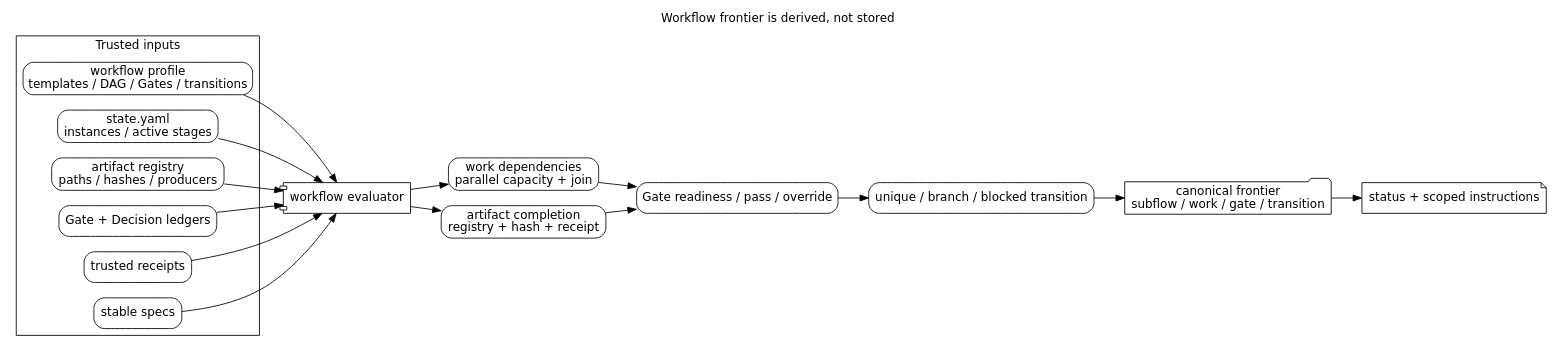
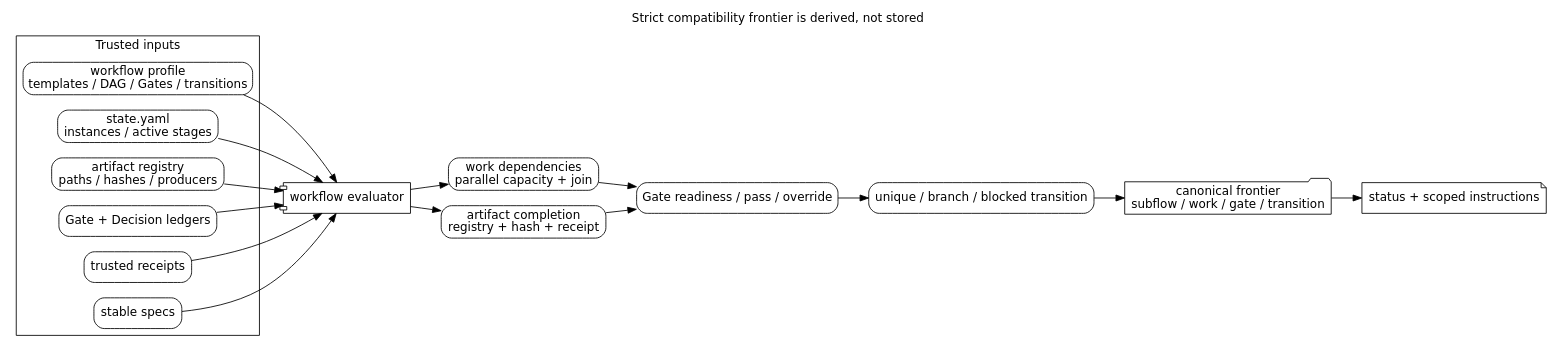
The diagram in docs/researchspec_arsu_runtime/diagrams/src/frontier-evaluation.dot (leike0813/ResearchSpec), drawn with Graphviz before and after one commit. The commit also changed 114 other files, not shown here.

```diff
--- a/docs/researchspec_arsu_runtime/diagrams/src/frontier-evaluation.dot
+++ b/docs/researchspec_arsu_runtime/diagrams/src/frontier-evaluation.dot
@@ -1,37 +1,37 @@
 digraph frontier_evaluation {
-  graph [label="Workflow frontier is derived, not stored", labelloc=t, rankdir=LR, fontname="DejaVu Sans"];
+  graph [label="Strict compatibility frontier is derived, not stored", labelloc=t, rankdir=LR, fontname="DejaVu Sans"];
   node [shape=box, style="rounded", fontname="DejaVu Sans"];
   edge [fontname="DejaVu Sans"];
 
   subgraph cluster_inputs {
     label="Trusted inputs";
     profile [label="workflow profile\ntemplates / DAG / Gates / transitions"];
     state [label="state.yaml\ninstances / active stages"];
     registry [label="artifact registry\npaths / hashes / producers"];
     ledgers [label="Gate + Decision ledgers"];
     receipts [label="trusted receipts"];
     contracts [label="stable specs"];
   }
 
   evaluator [shape=component, label="workflow evaluator"];
   dependencies [label="work dependencies\nparallel capacity + join"];
   completion [label="artifact completion\nregistry + hash + receipt"];
   gates [label="Gate readiness / pass / override"];
   transitions [label="unique / branch / blocked transition"];
   frontier [shape=folder, label="canonical frontier\nsubflow / work / gate / transition"];
   status [shape=note, label="status + scoped instructions"];
 
   profile -> evaluator;
   state -> evaluator;
   registry -> evaluator;
   ledgers -> evaluator;
   receipts -> evaluator;
   contracts -> evaluator;
   evaluator -> dependencies;
   evaluator -> completion;
   dependencies -> gates;
   completion -> gates;
   gates -> transitions;
   transitions -> frontier;
   frontier -> status;
 }
```
